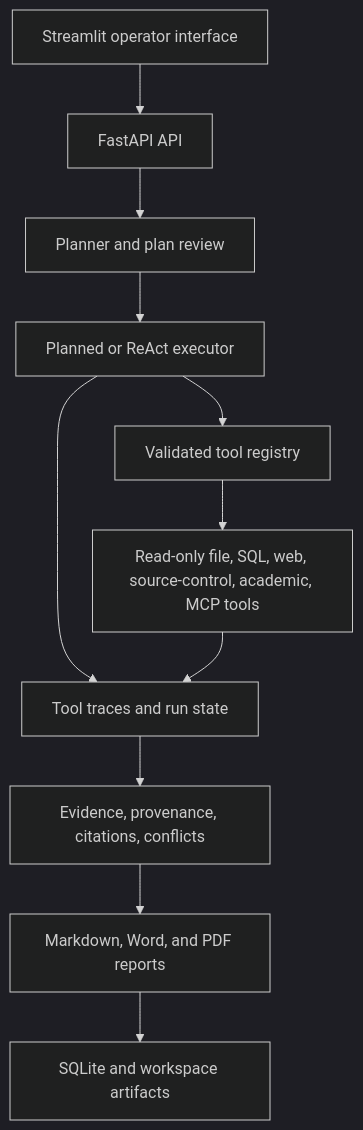
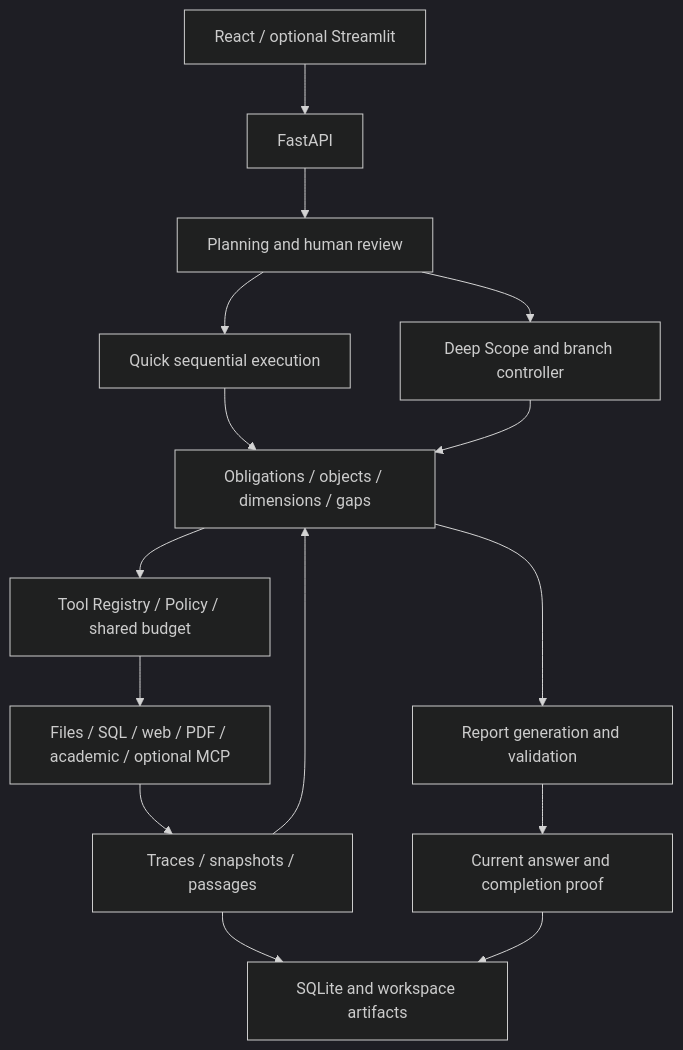
One commit to piao666/traceable-research-agent changed the diagram in README.md. Above: the diagram before and after it, drawn with Mermaid (dark theme). The commit also changed other lines of this file and 1 other file, not shown here.

````diff
--- a/README.md
+++ b/README.md
@@ -770,13 +344,17 @@
 ```mermaid
 flowchart TD
-    UI["Streamlit operator interface"] --> API["FastAPI API"]
-    API --> Planner["Planner and plan review"]
-    Planner --> Executor["Planned or ReAct executor"]
-    Executor --> Registry["Validated tool registry"]
-    Registry --> Tools["Read-only file, SQL, web, source-control, academic, MCP tools"]
-    Executor --> Trace["Tool traces and run state"]
-    Tools --> Trace
-    Trace --> Evidence["Evidence, provenance, citations, conflicts"]
-    Evidence --> Reporter["Markdown, Word, and PDF reports"]
-    Reporter --> Storage["SQLite and workspace artifacts"]
+    UI[React / optional Streamlit] --> API[FastAPI]
+    API --> Plan[Planning and human review]
+    Plan --> Quick[Quick sequential execution]
+    Plan --> Deep[Deep Scope and branch controller]
+    Quick --> Work[Obligations / objects / dimensions / gaps]
+    Deep --> Work
+    Work --> Tools[Tool Registry / Policy / shared budget]
+    Tools --> Inputs[Files / SQL / web / PDF / academic / optional MCP]
+    Inputs --> Evidence[Traces / snapshots / passages]
+    Evidence --> Work
+    Work --> Report[Report generation and validation]
+    Report --> Proof[Current answer and completion proof]
+    Evidence --> Store[SQLite and workspace artifacts]
+    Proof --> Store
 ```
````
